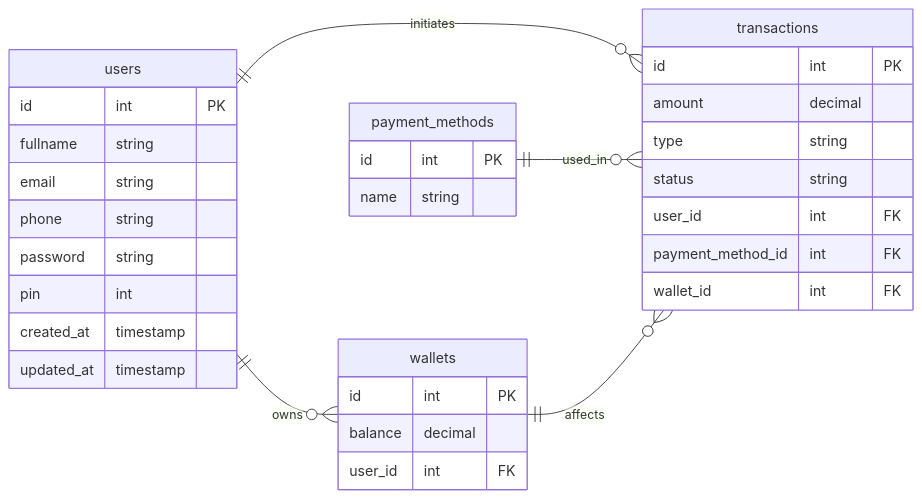
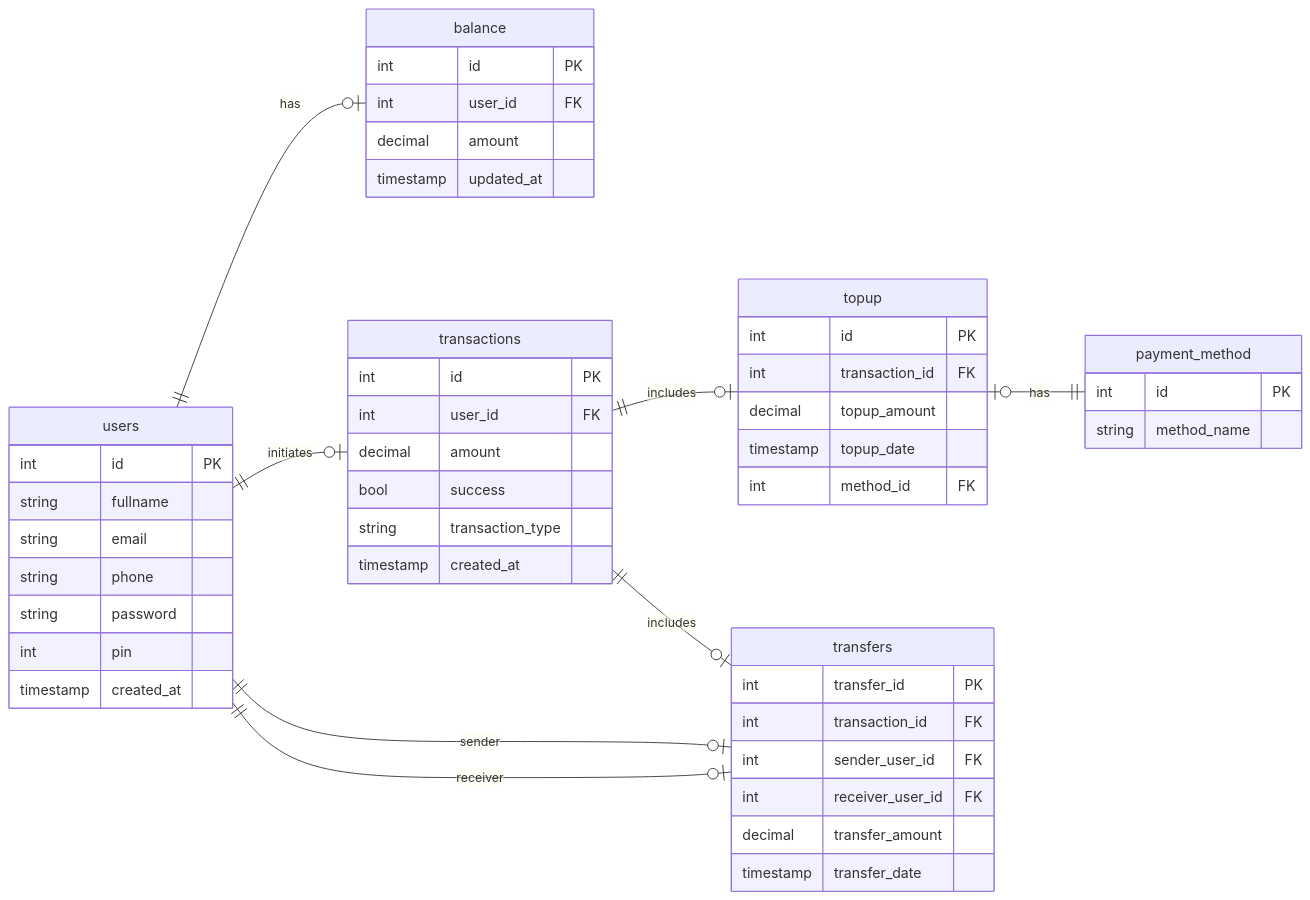
One commit to VsalCode/fgo24-be-weeklytask changed the diagram in README.md. Above: the diagram before and after it, drawn with Mermaid. The commit also changed 1 other file, not shown here.

Commit message:
refactor: update ERD & SQL schema for improved transaction handling & user balance management

````diff
--- a/README.md
+++ b/README.md
@@ -5,40 +5,61 @@
   ```mermaid
-  erDiagram
+erDiagram
   direction LR
-  users ||--o{ wallets : "owns"
-  users ||--o{ transactions : "initiates"
-  payment_methods ||--o{ transactions : "used_in"
-  wallets ||--o{ transactions : "affects"
+    users {
+        int id PK
+        string fullname
+        string email
+        string phone
+        string password
+        int pin
+        timestamp created_at
+    }
 
-  users {
-    id int PK
-    fullname string
-    email string
-    phone string
-    password string
-    pin int
-    created_at timestamp
-    updated_at timestamp
-  }
+    balance {
+        int id PK
+        int user_id FK
+        decimal amount
+        timestamp updated_at
+    }
 
-  payment_methods {
-    id int PK
-    name string
-  }
+    transactions {
+        int id PK
+        int user_id FK
+        decimal amount
+        bool success
+        string transaction_type  
+        timestamp created_at
+    }
 
-  wallets {
-    id int PK
-    balance decimal
-    user_id int FK 
-  }
+    topup {
+        int id PK
+        int transaction_id FK
+        decimal topup_amount
+        timestamp topup_date
+        int method_id FK
+    }
 
-  transactions {
-    id int PK
-    amount decimal
-    type string
-    status string
-    user_id int FK
-    payment_method_id int FK
-    wallet_id int FK
-  }
+    payment_method {
+      int id PK
+      string method_name
+    }
+
+    transfers {
+        int transfer_id PK
+        int transaction_id FK
+        int sender_user_id FK
+        int receiver_user_id FK
+        decimal transfer_amount
+        timestamp transfer_date
+    }
+
+    users ||--o| balance: has
+    users ||--o| transactions: initiates
+    transactions ||--o| topup: includes
+    topup |o--|| payment_method : "has"  
+    transactions ||--o| transfers: includes
+    users ||--o| transfers: sender
+    users ||--o| transfers: receiver
+
+
   ```
````
